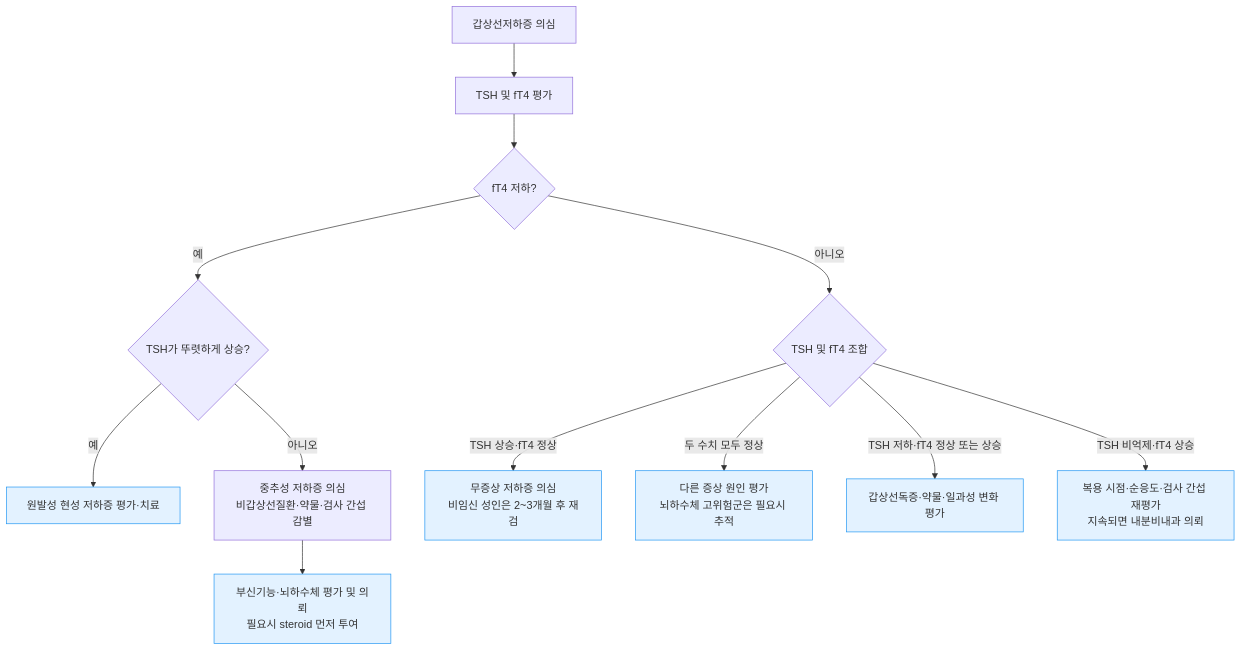
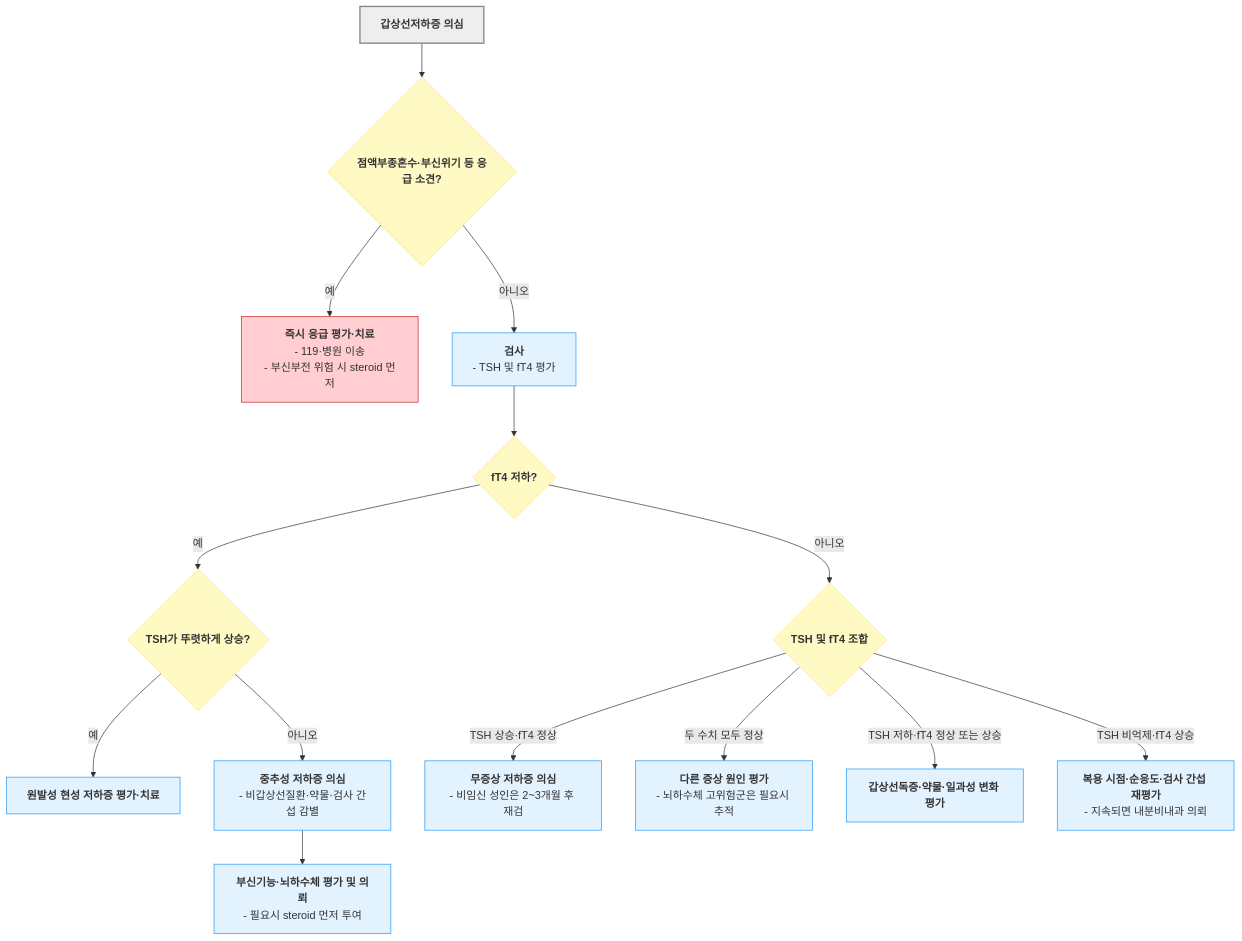
Before and after one commit to familyoh77/familyoh77: the first of 2 diagrams in 226_/105_-hypothyroidism.md, drawn with Mermaid. The commit also changed other lines of this file and 9 other files, not shown here.

````diff
--- a/226_/105_-hypothyroidism.md
+++ b/226_/105_-hypothyroidism.md
@@ -105,16 +105,30 @@
 ```mermaid
 flowchart TD
-    A["갑상선저하증 의심"] --> B["TSH 및 fT4 평가"]
-    B --> C{"fT4 저하?"}
-    C -->|예| D{"TSH가 뚜렷하게 상승?"}
-    D -->|예| E["원발성 현성 저하증 평가·치료"]
-    D -->|아니오| F["중추성 저하증 의심<br/>비갑상선질환·약물·검사 간섭 감별"]
-    F --> G["부신기능·뇌하수체 평가 및 의뢰<br/>필요시 steroid 먼저 투여"]
-    C -->|아니오| H{"TSH 및 fT4 조합"}
-    H -->|TSH 상승·fT4 정상| I["무증상 저하증 의심<br/>비임신 성인은 2~3개월 후 재검"]
-    H -->|두 수치 모두 정상| J["다른 증상 원인 평가<br/>뇌하수체 고위험군은 필요시 추적"]
-    H -->|TSH 저하·fT4 정상 또는 상승| K["갑상선독증·약물·일과성 변화 평가"]
-    H -->|TSH 비억제·fT4 상승| L["복용 시점·순응도·검사 간섭 재평가<br/>지속되면 내분비내과 의뢰"]
+    A["`**갑상선저하증 의심**`"] --> Emergency{"`**점액부종혼수·부신위기 등 응급 소견?**`"}
+    Emergency -->|예| ER["`**즉시 응급 평가·치료**
+- 119·병원 이송
+- 부신부전 위험 시 steroid 먼저`"]
+    Emergency -->|아니오| B["`**검사**
+- TSH 및 fT4 평가`"]
+    B --> C{"`**fT4 저하?**`"}
+    C -->|예| D{"`**TSH가 뚜렷하게 상승?**`"}
+    D -->|예| E["`**원발성 현성 저하증 평가·치료**`"]
+    D -->|아니오| F["`**중추성 저하증 의심**
+- 비갑상선질환·약물·검사 간섭 감별`"]
+    F --> G["`**부신기능·뇌하수체 평가 및 의뢰**
+- 필요시 steroid 먼저 투여`"]
+    C -->|아니오| H{"`**TSH 및 fT4 조합**`"}
+    H -->|TSH 상승·fT4 정상| I["`**무증상 저하증 의심**
+- 비임신 성인은 2~3개월 후 재검`"]
+    H -->|두 수치 모두 정상| J["`**다른 증상 원인 평가**
+- 뇌하수체 고위험군은 필요시 추적`"]
+    H -->|TSH 저하·fT4 정상 또는 상승| K["`**갑상선독증·약물·일과성 변화 평가**`"]
+    H -->|TSH 비억제·fT4 상승| L["`**복용 시점·순응도·검사 간섭 재평가**
+- 지속되면 내분비내과 의뢰`"]
     classDef action fill:#e3f2ff,stroke:#2196f3
-    class E,G,I,J,K,L action
+    class B,E,F,G,I,J,K,L action
+    style A fill:#eeeeee,stroke:#888888,stroke-width:2px
+    style ER fill:#ffcdd2,stroke:#c62828
+    classDef question fill:#fff9c4,stroke:#ffe082
+    class Emergency,C,D,H question
 ```
````
